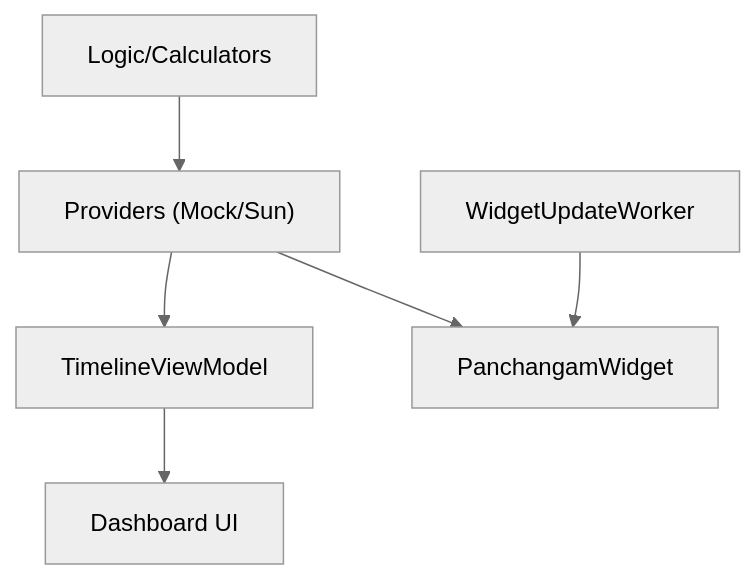
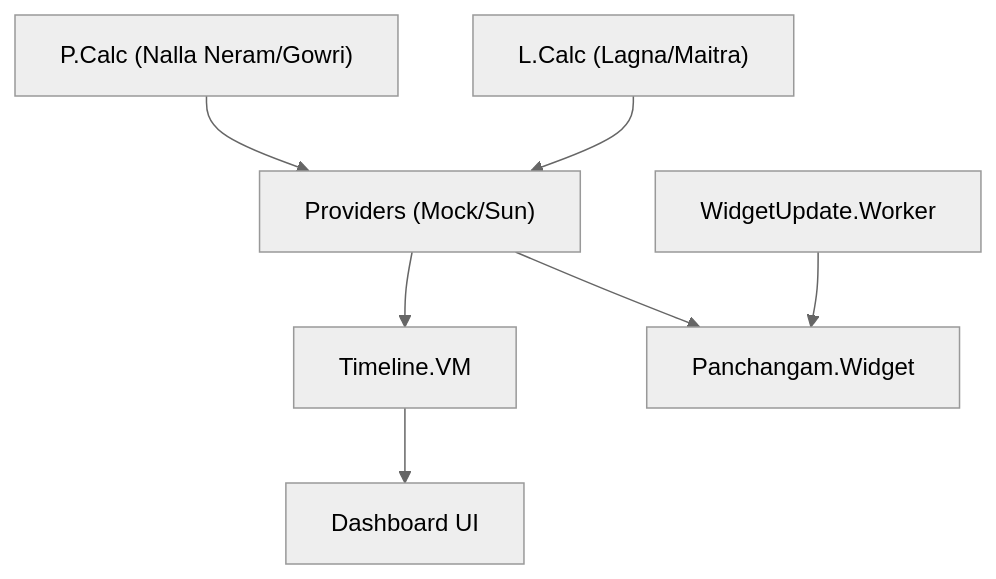
Before and after one commit to citsuresh/Sacred-Timeline: the diagram in docs/CODE_SUMMARY.md, drawn with Mermaid (neutral theme).

Commit message:
Refine Mermaid graph labels for better readability and token efficiency

````diff
--- a/docs/CODE_SUMMARY.md
+++ b/docs/CODE_SUMMARY.md
@@ -7,8 +7,9 @@
 ```mermaid
 graph TD
-    Calc["Logic/Calculators"] --> Prov["Providers (Mock/Sun)"]
-    Prov --> VM["TimelineViewModel"]
+    PCalc["P.Calc (Nalla Neram/Gowri)"] --> Prov["Providers (Mock/Sun)"]
+    LCalc["L.Calc (Lagna/Maitra)"] --> Prov
+    Prov --> VM["Timeline.VM"]
     VM --> UI["Dashboard UI"]
-    Prov --> Widget["PanchangamWidget"]
-    Worker["WidgetUpdateWorker"] --> Widget
+    Prov --> Widget["Panchangam.Widget"]
+    Worker["WidgetUpdate.Worker"] --> Widget
 ```
````
